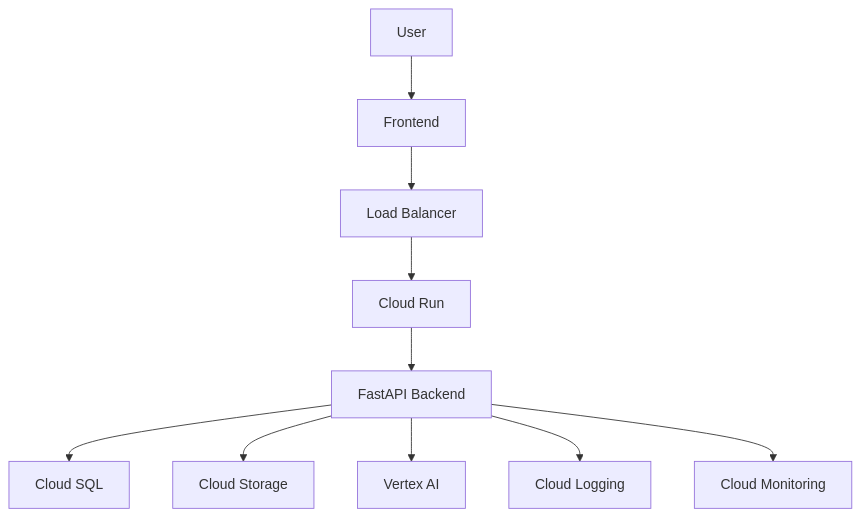
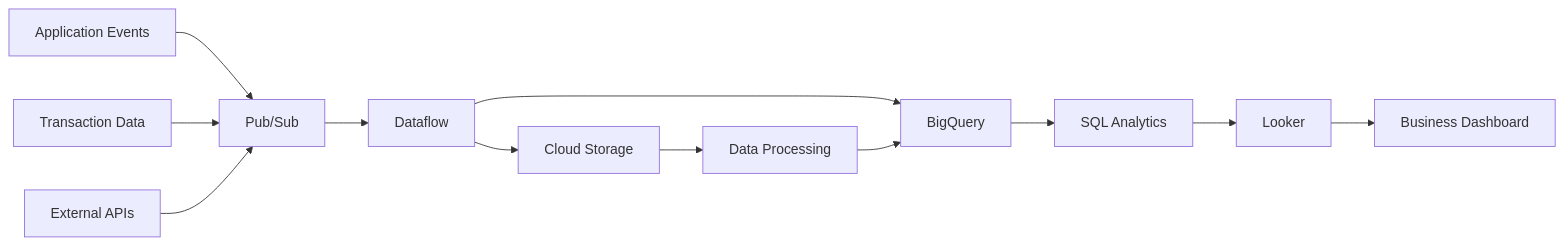
One commit to Ayush-srivastava504/System-design changed diagram 14 of 19 in DAY-005-GOOGLE-CASE-STUDY.md. Above: the diagram before and after it, drawn with Mermaid. The commit also changed other lines of this file, not shown here.

````diff
--- a/DAY-005-GOOGLE-CASE-STUDY.md
+++ b/DAY-005-GOOGLE-CASE-STUDY.md
@@ -499,14 +1522,17 @@
 ```mermaid
-flowchart TD
-    A[User] --> B[Frontend]
-    B --> C[Load Balancer]
-    C --> D[Cloud Run]
-    D --> E[FastAPI Backend]
+flowchart LR
+    A["Application Events"] --> B["Pub/Sub"]
+    C["Transaction Data"] --> B
+    D["External APIs"] --> B
 
-    E --> F[Cloud SQL]
-    E --> G[Cloud Storage]
-    E --> H[Vertex AI]
+    B --> E["Dataflow"]
+    E --> F["Cloud Storage"]
+    E --> G["BigQuery"]
 
-    E --> I[Cloud Logging]
-    E --> J[Cloud Monitoring]
+    F --> H["Data Processing"]
+    H --> G
+
+    G --> I["SQL Analytics"]
+    I --> J["Looker"]
+    J --> K["Business Dashboard"]
 ```
````
